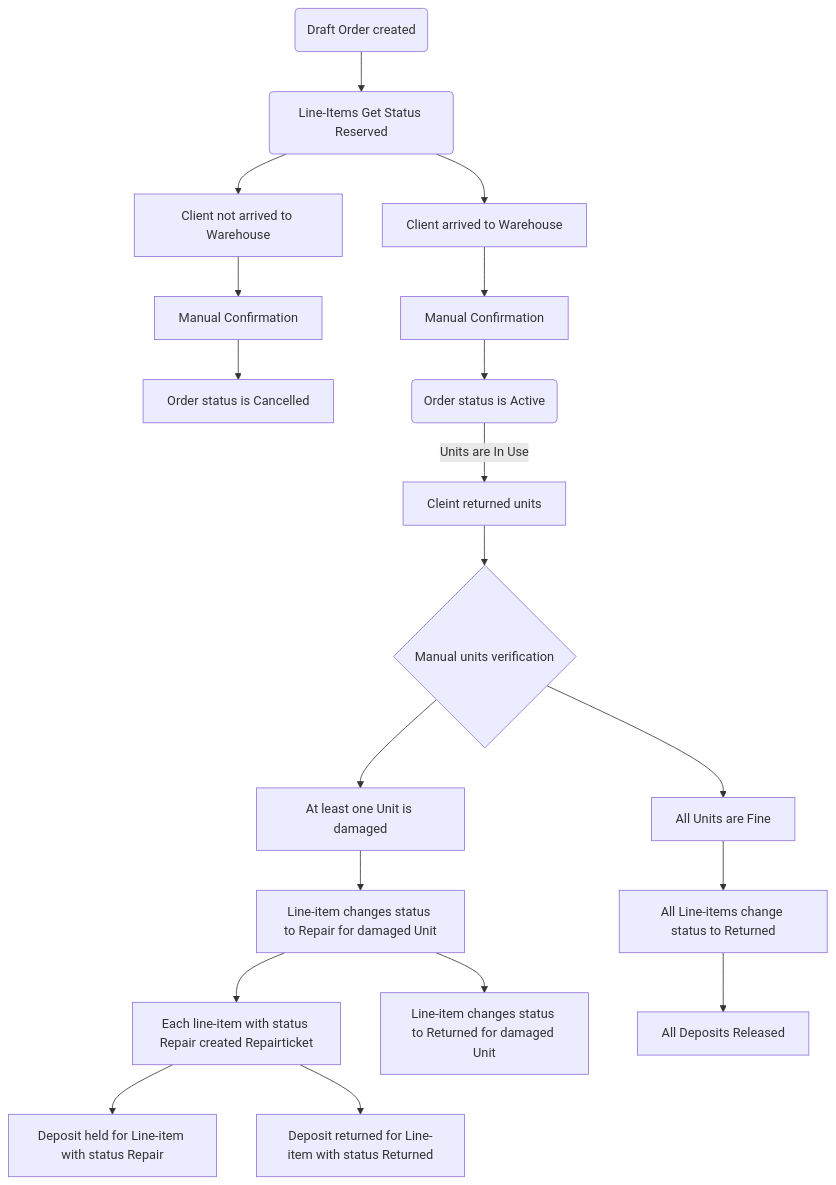
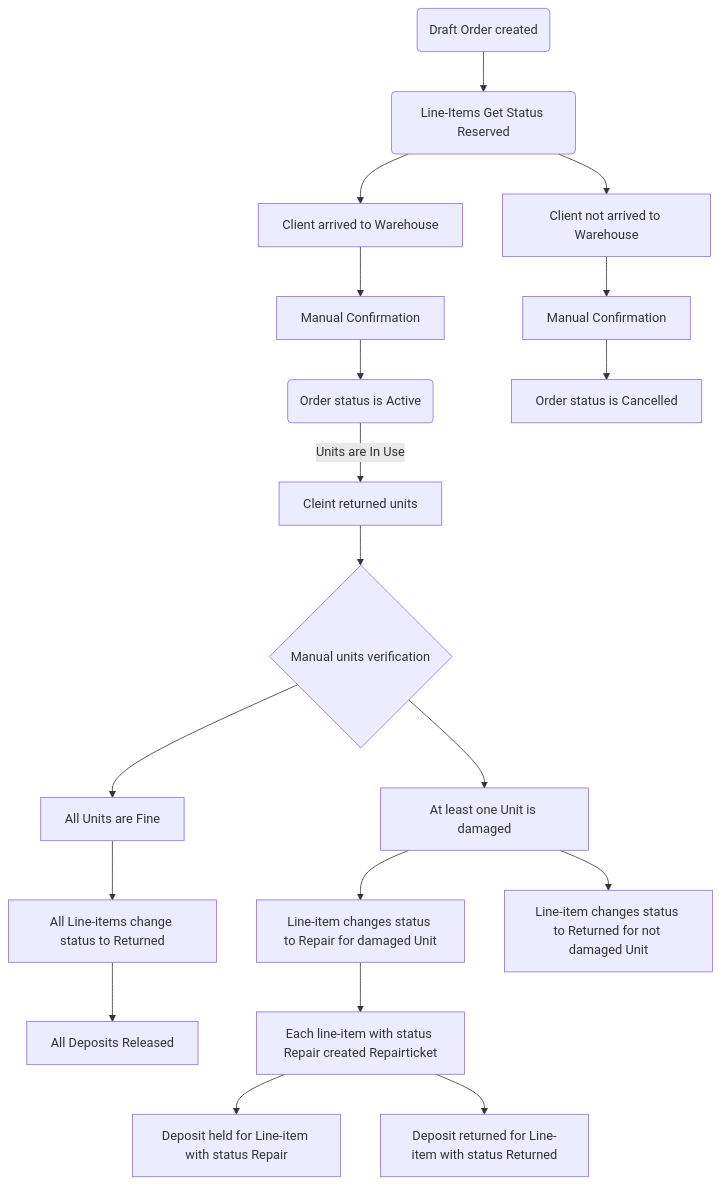
Before and after one commit to Diamko94/rentals1: the diagram in Flowchart.md, drawn with Mermaid.

````diff
--- a/Flowchart.md
+++ b/Flowchart.md
@@ -1,29 +1,29 @@
 ```mermaid
 flowchart TD
 
     %% Бронироваие
     A(Draft Order created) --> B(Line-Items Get Status Reserved)
 
     %% Выдача
     B --> G[Client arrived to Warehouse]
     G --> I[Manual Confirmation]
     B --> D[Client not arrived to Warehouse]
     D --> E[Manual Confirmation]
     E --> F[Order status is Cancelled]
     I --> J(Order status is Active)
 
     %% Возврат
     J -->|Units are In Use| K[Cleint returned units]
     K --> L{Manual units verification}
     L --> M[All Units are Fine] 
     M --> N[All Line-items change status to Returned]
     L --> O[At least one Unit is damaged]
     O --> P[Line-item changes status to Repair for damaged Unit]
     P --> R[Each line-item with status Repair created Repairticket]
-    P --> T[Line-item changes status to Returned for damaged Unit]
+    O --> T[Line-item changes status to Returned for not damaged Unit]
 
     %% Расчет
     N --> Q[All Deposits Released]
     R --> S[Deposit held for Line-item with status Repair]
     R --> U[Deposit returned for Line-item with status Returned]
 ```
````
